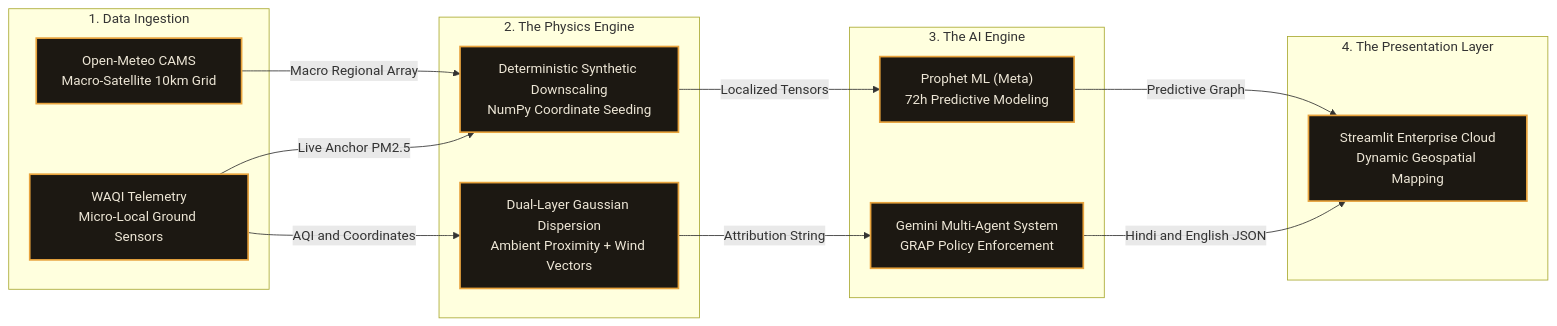
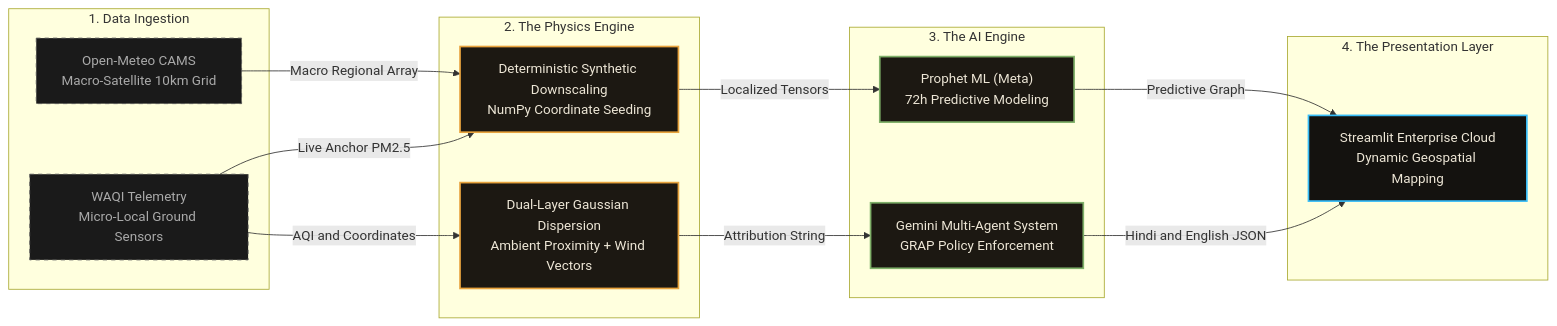
The diagram in README.md (Aaditya-rajp/VayuTrace-AI), drawn with Mermaid before and after one commit.

````diff
--- a/README.md
+++ b/README.md
@@ -6,35 +6,43 @@
 ```mermaid
 graph LR
     subgraph ing["1. Data Ingestion"]
         A["WAQI Telemetry<br/>Micro-Local Ground Sensors"]
         B["Open-Meteo CAMS<br/>Macro-Satellite 10km Grid"]
     end
  
     subgraph physics["2. The Physics Engine"]
         C["Deterministic Synthetic Downscaling<br/>NumPy Coordinate Seeding"]
         D["Dual-Layer Gaussian Dispersion<br/>Ambient Proximity + Wind Vectors"]
     end
  
     subgraph ai["3. The AI Engine"]
         E["Prophet ML (Meta)<br/>72h Predictive Modeling"]
         F["Gemini Multi-Agent System<br/>GRAP Policy Enforcement"]
     end
  
     subgraph ui["4. The Presentation Layer"]
         G["Streamlit Enterprise Cloud<br/>Dynamic Geospatial Mapping"]
     end
  
     %% Data Flow Routing
     B -->|Macro Regional Array| C
     A -->|Live Anchor PM2.5| C
     C -->|Localized Tensors| E
  
     A -->|AQI and Coordinates| D
     D -->|Attribution String| F
  
     E -->|Predictive Graph| G
     F -->|Hindi and English JSON| G
  
-    classDef tech fill:#1C1812,stroke:#E8A33D,stroke-width:2px,color:#EDE6D6;
-    class A,B,C,D,E,F,G tech;
+    %% Enterprise Styling
+    classDef ext fill:#1a1a1a,stroke:#555,stroke-width:1px,color:#aaa,stroke-dasharray: 5 5;
+    classDef phys fill:#1C1812,stroke:#E8A33D,stroke-width:2px,color:#EDE6D6;
+    classDef intel fill:#1C1812,stroke:#7FB069,stroke-width:2px,color:#EDE6D6;
+    classDef front fill:#14120F,stroke:#38BDF8,stroke-width:2px,color:#EDE6D6;
+ 
+    class A,B ext;
+    class C,D phys;
+    class E,F intel;
+    class G front;
 ```
````
